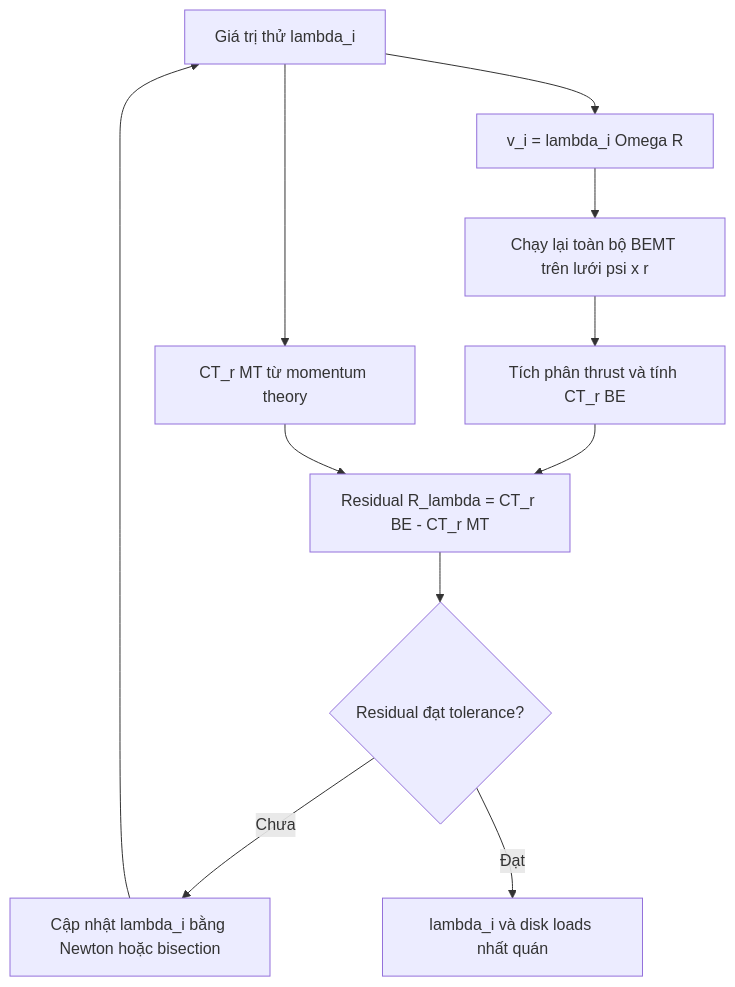
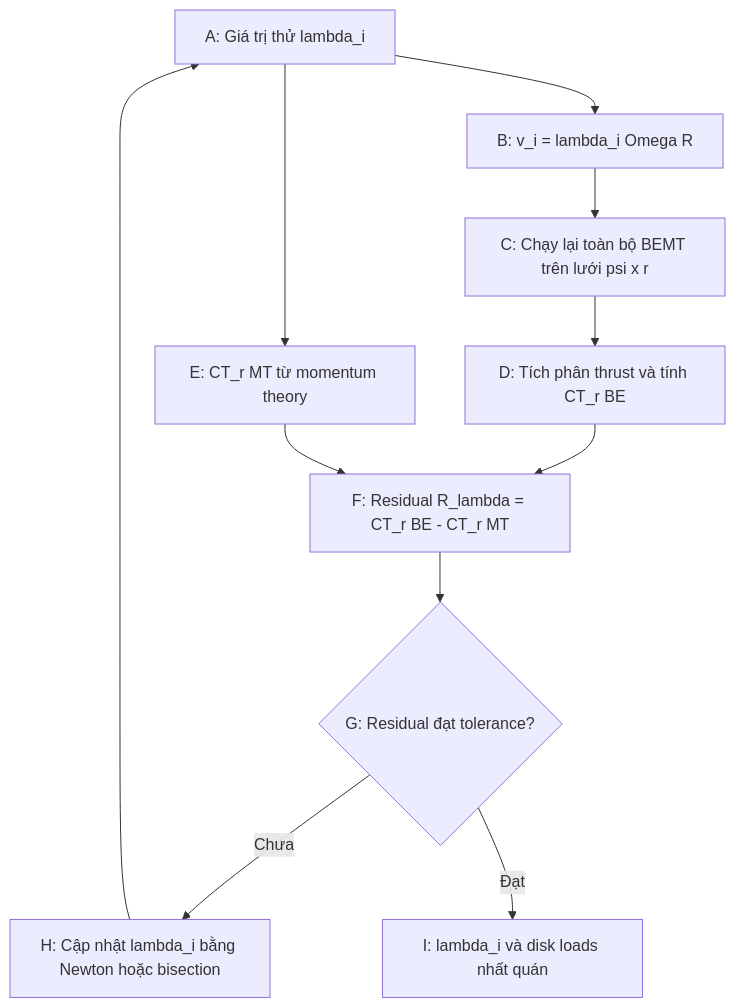
Before and after one commit to huynguyen2909/Navion-6DOF-12.09.26: the fifth of 10 diagrams in docs/propeller/PROPELLER_V1_CALCULATION_FLOW.md, drawn with Mermaid. The commit also changed other lines of this file, not shown here.

````diff
--- a/docs/propeller/PROPELLER_V1_CALCULATION_FLOW.md
+++ b/docs/propeller/PROPELLER_V1_CALCULATION_FLOW.md
@@ -406,18 +406,18 @@
 ```mermaid
 flowchart TD
-    A["Giá trị thử lambda_i"]
-    B["v_i = lambda_i Omega R"]
-    C["Chạy lại toàn bộ BEMT trên lưới psi x r"]
-    D["Tích phân thrust và tính CT_r BE"]
-    E["CT_r MT từ momentum theory"]
-    F["Residual R_lambda = CT_r BE - CT_r MT"]
-    G{"Residual đạt tolerance?"}
-    H["Cập nhật lambda_i bằng Newton hoặc bisection"]
-    I["lambda_i và disk loads nhất quán"]
+    A["A: Giá trị thử lambda_i"]
+    B["B: v_i = lambda_i Omega R"]
+    C["C: Chạy lại toàn bộ BEMT trên lưới psi x r"]
+    D["D: Tích phân thrust và tính CT_r BE"]
+    E["E: CT_r MT từ momentum theory"]
+    F["F: Residual R_lambda = CT_r BE - CT_r MT"]
+    G{"G: Residual đạt tolerance?"}
+    H["H: Cập nhật lambda_i bằng Newton hoặc bisection"]
+    I["I: lambda_i và disk loads nhất quán"]
 
     A --> B --> C --> D --> F
     A --> E --> F
     F --> G
     G -- "Chưa" --> H --> A
     G -- "Đạt" --> I
 ```
````
